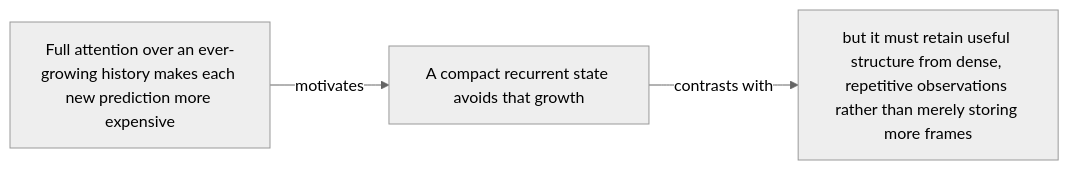
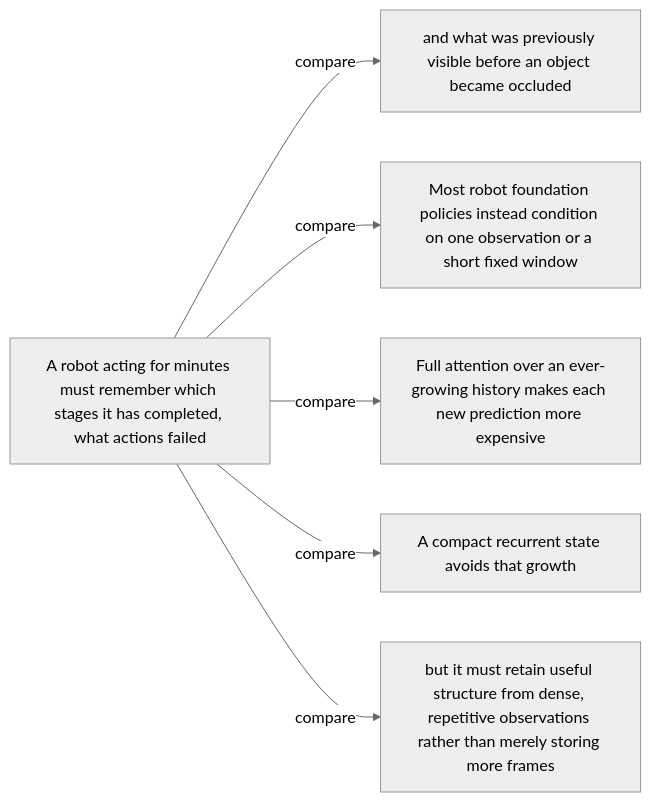
One commit to Betancourt1/paper_atlas changed the sixth of 48 diagrams in docs/visual-manifests/VISUAL_MANIFEST_ROBOTT.md. Above: the diagram before and after it, drawn with Mermaid (neutral theme). The commit also changed other lines of this file and 7 other files, not shown here.

````diff
--- a/docs/visual-manifests/VISUAL_MANIFEST_ROBOTT.md
+++ b/docs/visual-manifests/VISUAL_MANIFEST_ROBOTT.md
@@ -295,8 +447,14 @@
 ```mermaid
 flowchart LR
-  n1["Full attention over an ever-growing history makes each new prediction more expensive"]
-  n2["A compact recurrent state avoids that growth"]
-  n3["but it must retain useful structure from dense, repetitive observations rather than merely storing more frames"]
-  n1 -->|"motivates"| n2
-  n2 -->|"contrasts with"| n3
+  n1["A robot acting for minutes must remember which stages it has completed, what actions failed"]
+  n2["and what was previously visible before an object became occluded"]
+  n3["Most robot foundation policies instead condition on one observation or a short fixed window"]
+  n4["Full attention over an ever-growing history makes each new prediction more expensive"]
+  n5["A compact recurrent state avoids that growth"]
+  n6["but it must retain useful structure from dense, repetitive observations rather than merely storing more frames"]
+  n1 -->|"compare"| n2
+  n1 -->|"compare"| n3
+  n1 -->|"compare"| n4
+  n1 -->|"compare"| n5
+  n1 -->|"compare"| n6
 ```
````
